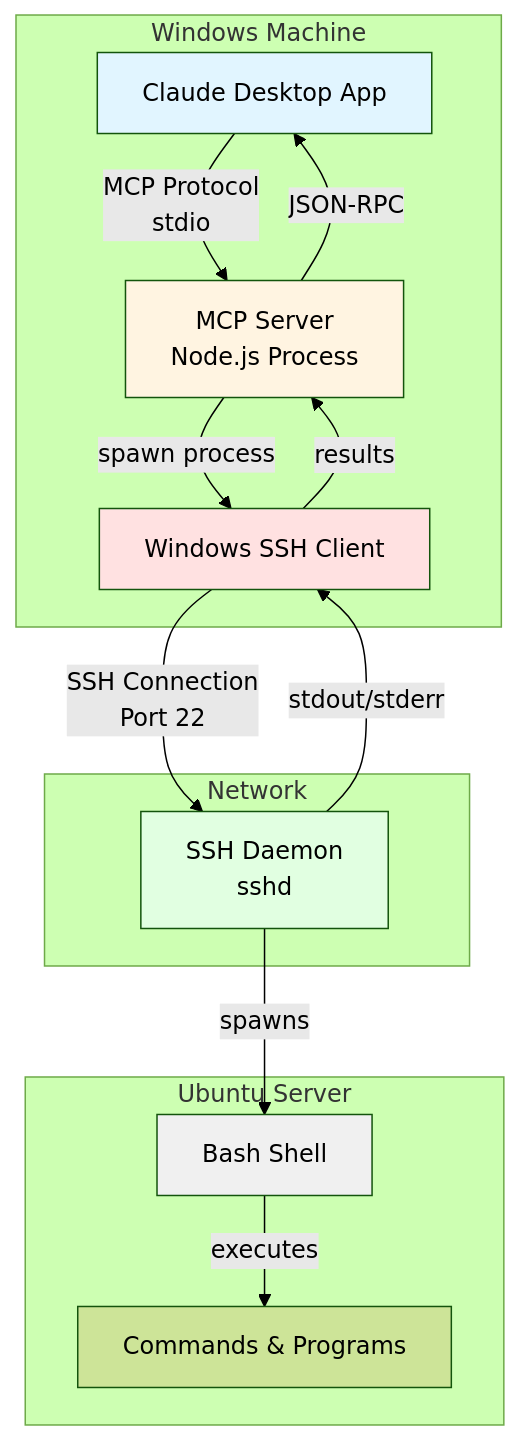
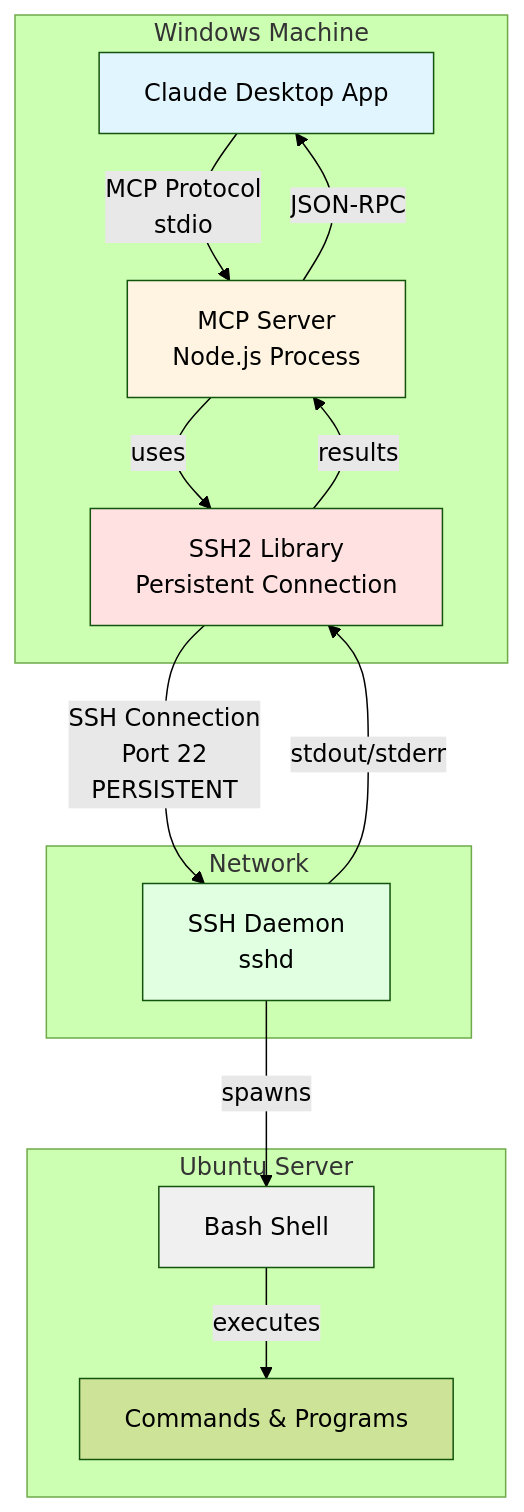
Before and after one commit to BlockSecCA/ubuntu-shell-mcp: the diagram in README.md, drawn with Mermaid (forest theme). The commit also changed other lines of this file and 4 other files, not shown here.

First line of the commit message:
feat: upgrade to v2.0.0 with SSH2 persistent connections

````diff
--- a/README.md
+++ b/README.md
@@ -11,33 +11,33 @@
 ```mermaid
 graph TB
     subgraph "Windows Machine"
         Claude[Claude Desktop App]
         MCP[MCP Server<br/>Node.js Process]
-        SSH_Client[Windows SSH Client]
+        SSH2[SSH2 Library<br/>Persistent Connection]
         
         Claude -->|MCP Protocol<br/>stdio| MCP
-        MCP -->|spawn process| SSH_Client
+        MCP -->|uses| SSH2
     end
     
     subgraph "Network"
-        SSH_Client -->|SSH Connection<br/>Port 22| SSH_Daemon
+        SSH2 -->|SSH Connection<br/>Port 22<br/>PERSISTENT| SSH_Daemon
     end
     
     subgraph "Ubuntu Server"
         SSH_Daemon[SSH Daemon<br/>sshd]
         Shell[Bash Shell]
         
         SSH_Daemon -->|spawns| Shell
         Shell -->|executes| Commands[Commands & Programs]
     end
     
-    SSH_Daemon -->|stdout/stderr| SSH_Client
-    SSH_Client -->|results| MCP
+    SSH_Daemon -->|stdout/stderr| SSH2
+    SSH2 -->|results| MCP
     MCP -->|JSON-RPC| Claude
 
     style Claude fill:#e1f5ff
     style MCP fill:#fff4e1
-    style SSH_Client fill:#ffe1e1
+    style SSH2 fill:#ffe1e1
     style SSH_Daemon fill:#e1ffe1
     style Shell fill:#f0f0f0
 ```
````
